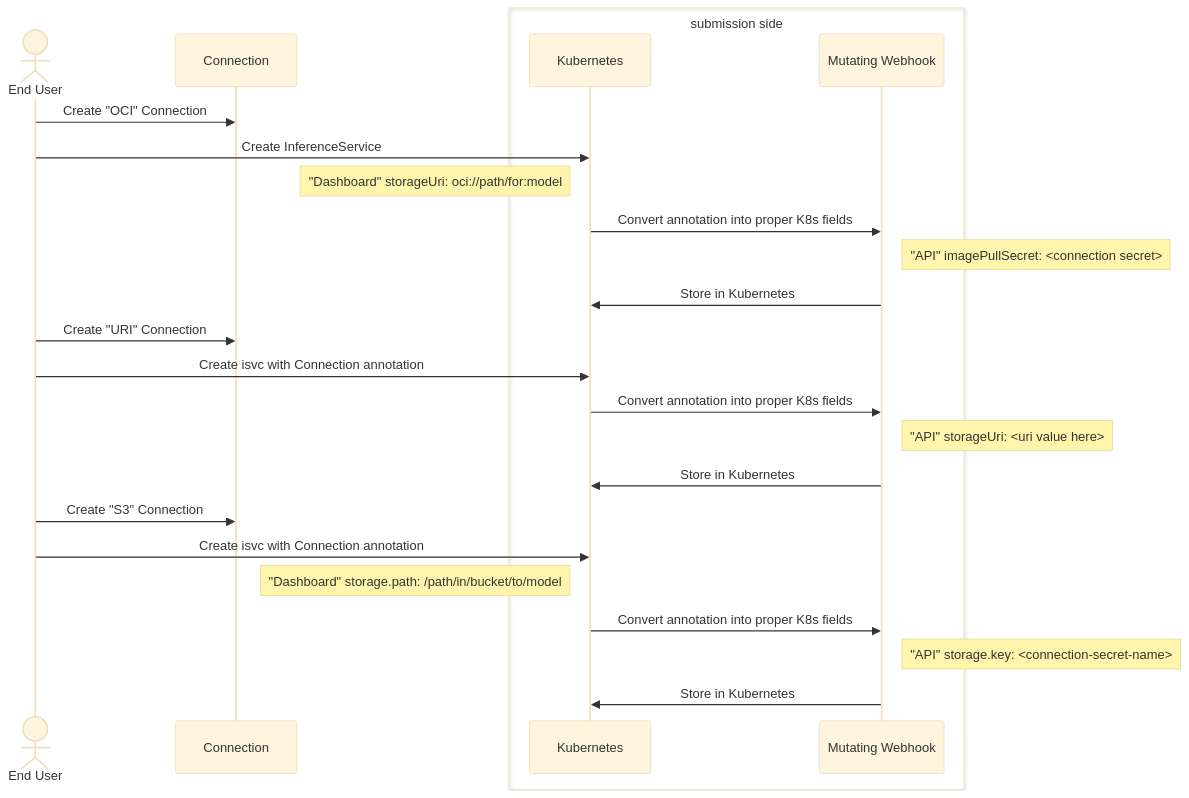
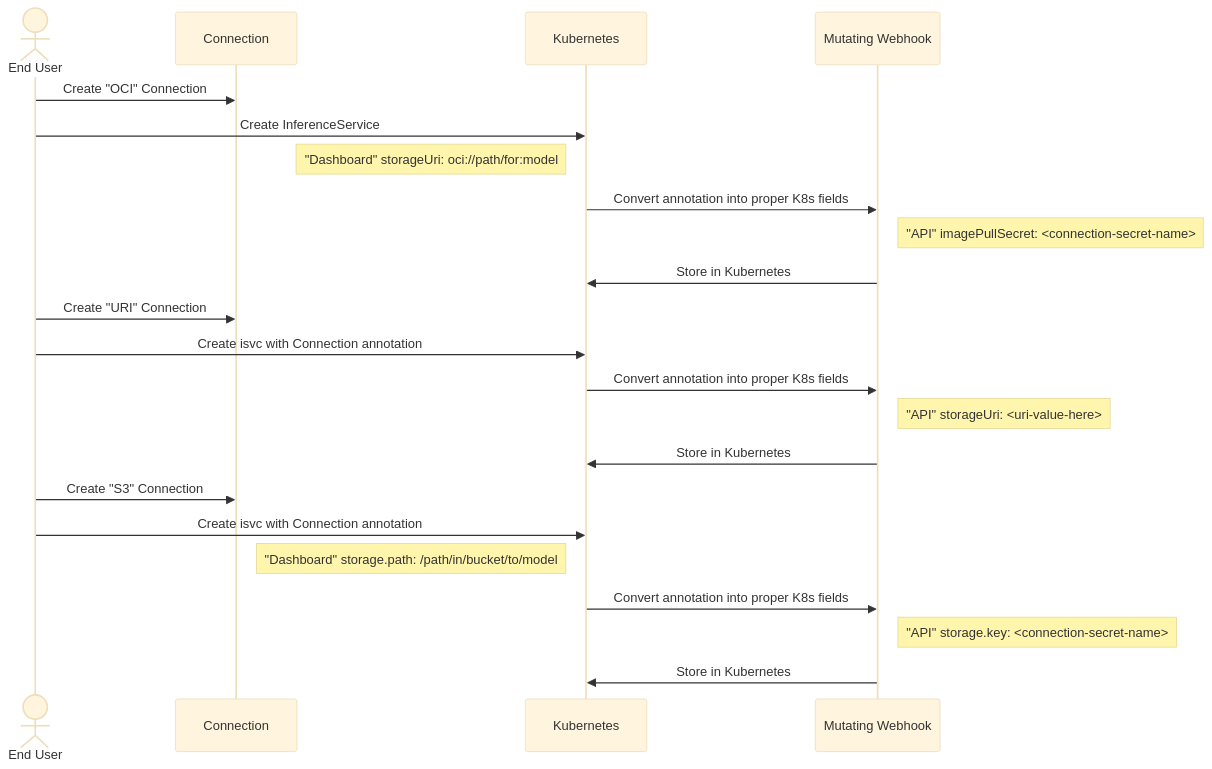
One commit to andrewballantyne/odh-dashboard changed the second of 2 diagrams in README.md. Above: the diagram before and after it, drawn with Mermaid (base theme). The commit also changed other lines of this file, not shown here.

````diff
--- a/README.md
+++ b/README.md
@@ -27,29 +21,27 @@
 ```mermaid
 sequenceDiagram
     actor U as End User
     participant C as Connection
-    box submission side
     participant K8s as Kubernetes
     participant webhook as Mutating Webhook
-    end
 
     U->>C: Create "OCI" Connection
     U->>K8s: Create InferenceService
     Note left of K8s: "Dashboard" storageUri: oci://path/for:model
     K8s->>webhook: Convert annotation into proper K8s fields
-    Note right of webhook: "API" imagePullSecret: <connection secret>
+    Note right of webhook: "API" imagePullSecret: <connection-secret-name>
     webhook->>K8s: Store in Kubernetes
 
     U->>C: Create "URI" Connection
     U->>K8s: Create isvc with Connection annotation
     K8s->>webhook: Convert annotation into proper K8s fields
-    Note right of webhook: "API" storageUri: <uri value here>
+    Note right of webhook: "API" storageUri: <uri-value-here>
     webhook->>K8s: Store in Kubernetes
 
     U->>C: Create "S3" Connection
     U->>K8s: Create isvc with Connection annotation
     Note left of K8s: "Dashboard" storage.path: /path/in/bucket/to/model
     K8s->>webhook: Convert annotation into proper K8s fields
     Note right of webhook: "API" storage.key: <connection-secret-name>
     webhook->>K8s: Store in Kubernetes
 ```
````
